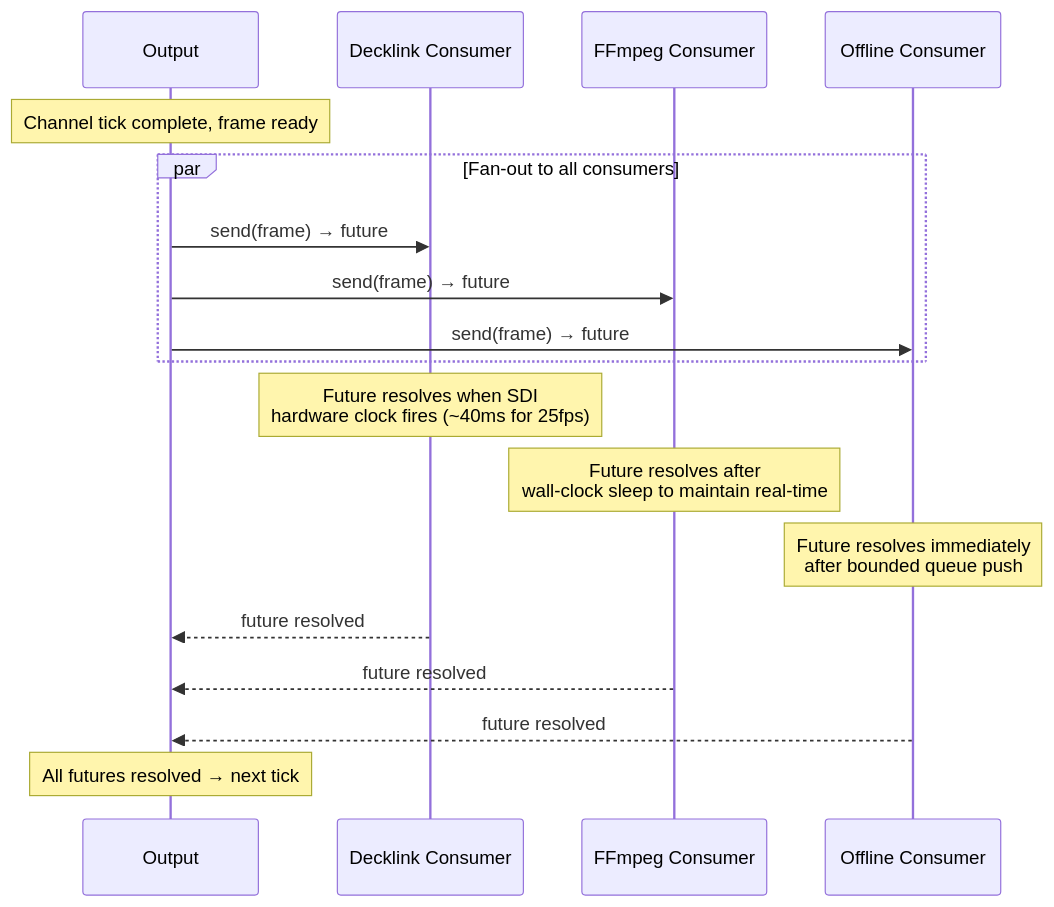
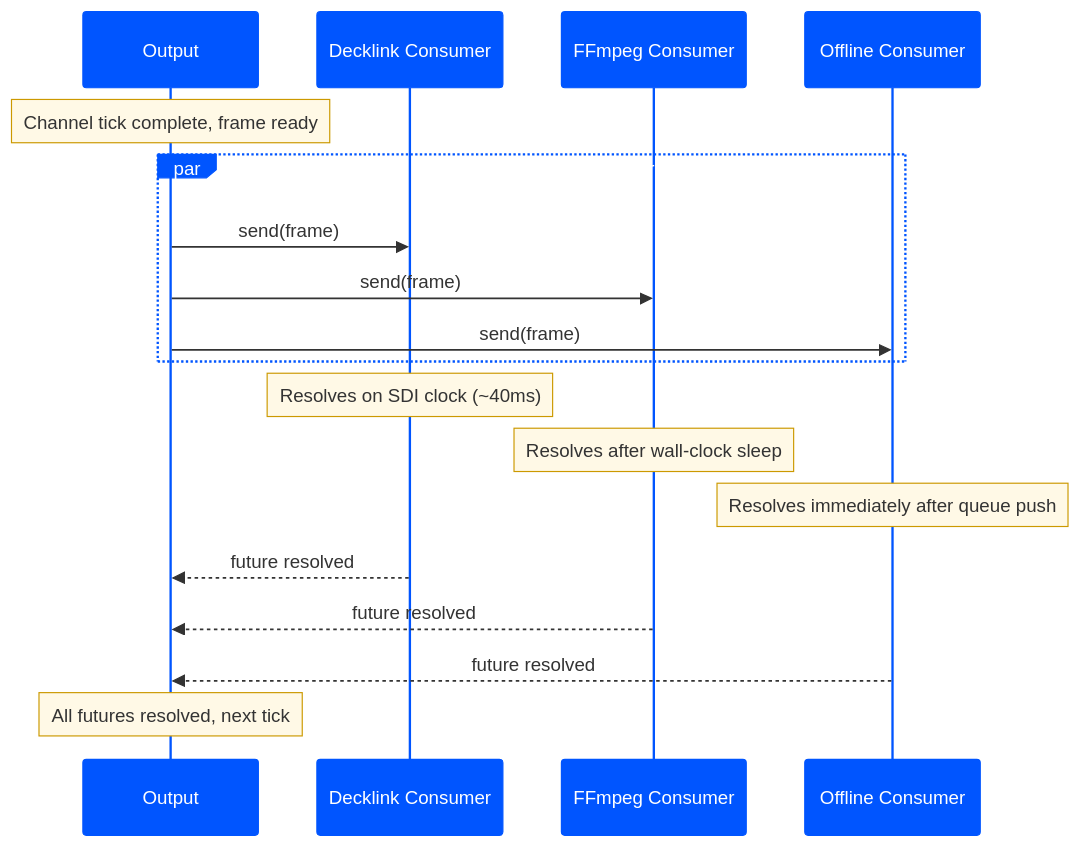
Before and after one commit to den-frie-vilje/casparCG: the seventh of 10 diagrams in docs/architecture.md, drawn with Mermaid. The commit also changed other lines of this file, not shown here.

Commit message:
docs: style all sequence diagrams and OpenGL diagram

````diff
--- a/docs/architecture.md
+++ b/docs/architecture.md
@@ -492,25 +499,26 @@
 ```mermaid
+%%{init: {'theme': 'base', 'themeVariables': { 'actorBkg': '#0055FF', 'actorTextColor': '#FFF', 'actorBorder': '#0055FF', 'activationBkgColor': '#E8F0FE', 'activationBorderColor': '#0055FF', 'signalColor': '#333', 'signalTextColor': '#333', 'noteBkgColor': '#FFF9E6', 'noteBorderColor': '#CC9900', 'noteTextColor': '#333' }}}%%
 sequenceDiagram
     participant O as Output
     participant DL as Decklink Consumer
     participant FF as FFmpeg Consumer
     participant OC as Offline Consumer
 
     Note over O: Channel tick complete, frame ready
 
     par Fan-out to all consumers
-        O->>DL: send(frame) → future
-        O->>FF: send(frame) → future
-        O->>OC: send(frame) → future
+        O->>DL: send(frame)
+        O->>FF: send(frame)
+        O->>OC: send(frame)
     end
 
-    Note over DL: Future resolves when SDI<br/>hardware clock fires (~40ms for 25fps)
-    Note over FF: Future resolves after<br/>wall-clock sleep to maintain real-time
-    Note over OC: Future resolves immediately<br/>after bounded queue push
+    Note over DL: Resolves on SDI clock (~40ms)
+    Note over FF: Resolves after wall-clock sleep
+    Note over OC: Resolves immediately after queue push
 
     DL-->>O: future resolved
     FF-->>O: future resolved
     OC-->>O: future resolved
 
-    Note over O: All futures resolved → next tick
+    Note over O: All futures resolved, next tick
 ```
````
